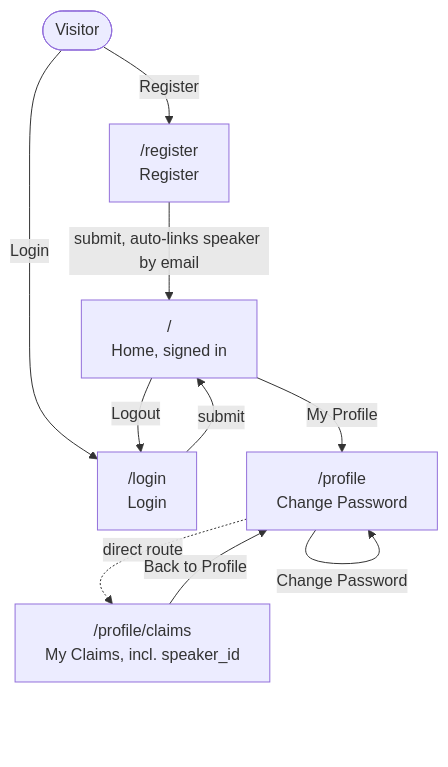
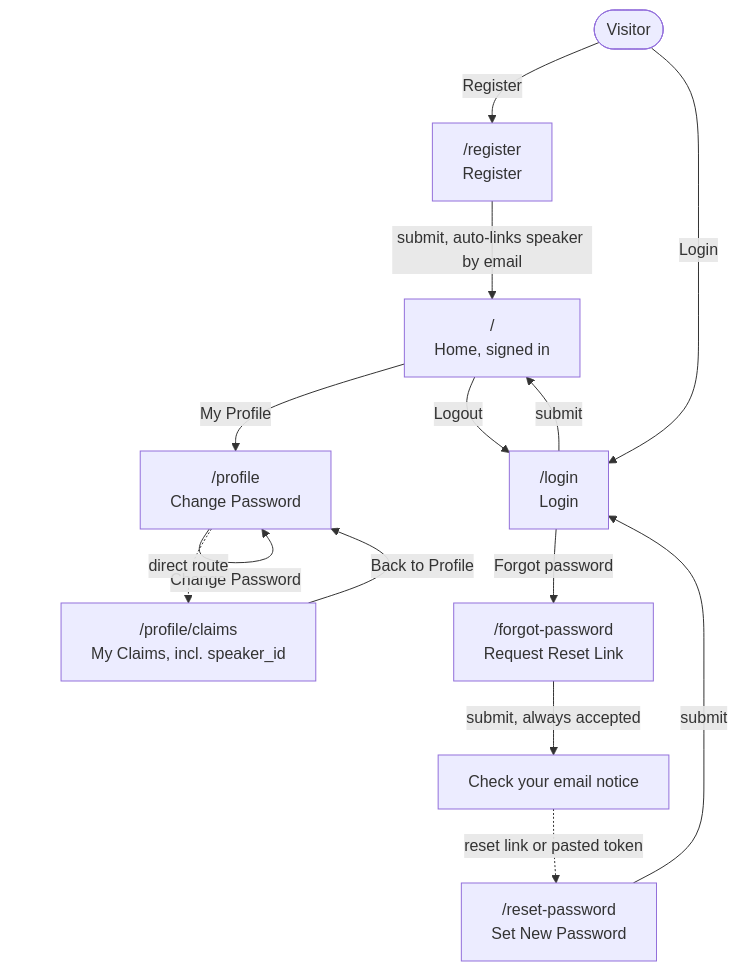
Before and after one commit to ivanball/ivanball.github.io: the fifth of 11 diagrams in docs-src/guides/adc-NavigationFlow.md, drawn with Mermaid. The commit also changed other lines of this file and 106 other files, not shown here.

First line of the commit message:
docs: forgot-password feature (ADR-091, spec + navigation updates) (#123)

````diff
--- a/docs-src/guides/adc-NavigationFlow.md
+++ b/docs-src/guides/adc-NavigationFlow.md
@@ -394,12 +401,16 @@
 ```mermaid
 flowchart TD
     Visitor(["Visitor"]) -->|Register| Register["/register<br/>Register"]
     Visitor -->|Login| Login["/login<br/>Login"]
     Register -->|submit, auto-links speaker by email| Home["/<br/>Home, signed in"]
     Login -->|submit| Home
+    Login -->|Forgot password| ForgotPassword["/forgot-password<br/>Request Reset Link"]
+    ForgotPassword -->|submit, always accepted| Sent["Check your email notice"]
+    Sent -.->|reset link or pasted token| ResetPassword["/reset-password<br/>Set New Password"]
+    ResetPassword -->|submit| Login
     Home -->|My Profile| Profile["/profile<br/>Change Password"]
     Profile -->|Change Password| Profile
     Profile -.->|direct route| Claims["/profile/claims<br/>My Claims, incl. speaker_id"]
     Claims -->|Back to Profile| Profile
     Home -->|Logout| Login
 ```
````
